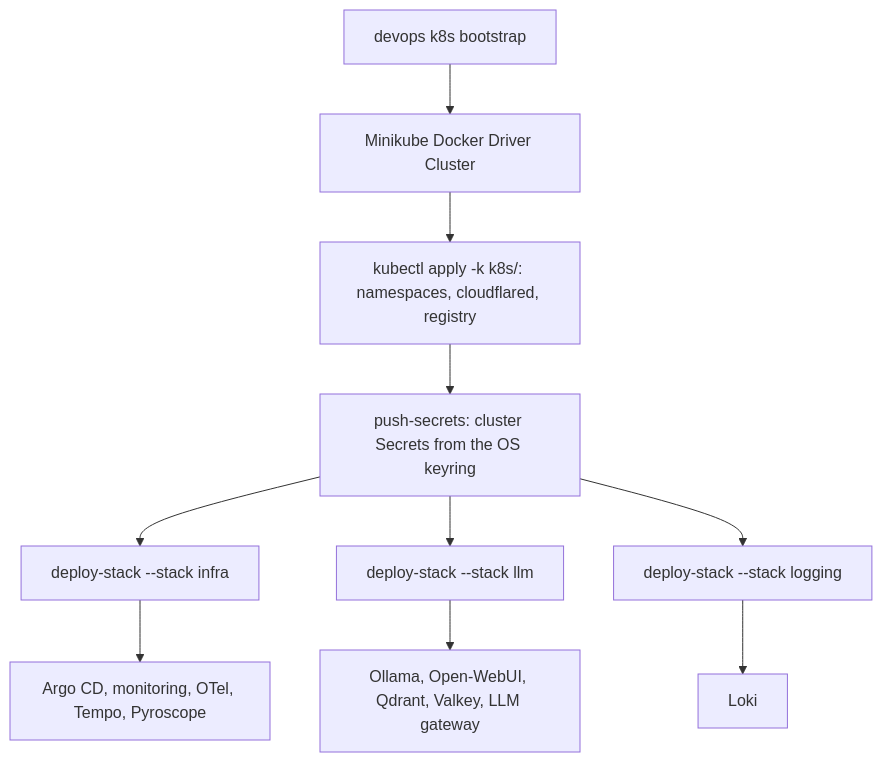
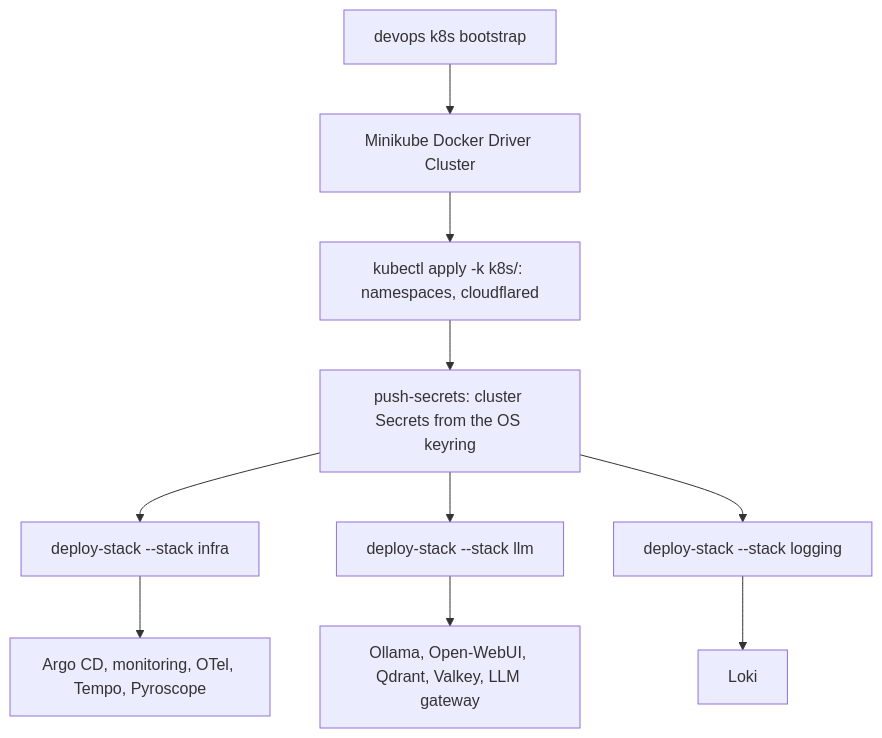
Before and after one commit to dan-petty/devops-cli: the diagram in src/devops_cli/ai/knowledge_base/devops_cli/tasks/k8s_stack_deployment.md, drawn with Mermaid. The commit also changed other lines of this file and 16 other files, not shown here.

````diff
--- a/src/devops_cli/ai/knowledge_base/devops_cli/tasks/k8s_stack_deployment.md
+++ b/src/devops_cli/ai/knowledge_base/devops_cli/tasks/k8s_stack_deployment.md
@@ -11,12 +11,12 @@
 ```mermaid
 graph TD
     A[devops k8s bootstrap] --> B[Minikube Docker Driver Cluster]
-    B --> N[kubectl apply -k k8s/: namespaces, cloudflared, registry]
+    B --> N[kubectl apply -k k8s/: namespaces, cloudflared]
     N --> S[push-secrets: cluster Secrets from the OS keyring]
     S --> C[deploy-stack --stack infra]
     S --> D[deploy-stack --stack llm]
     S --> E[deploy-stack --stack logging]
     C --> F[Argo CD, monitoring, OTel, Tempo, Pyroscope]
     D --> G[Ollama, Open-WebUI, Qdrant, Valkey, LLM gateway]
     E --> H[Loki]
 ```
````
